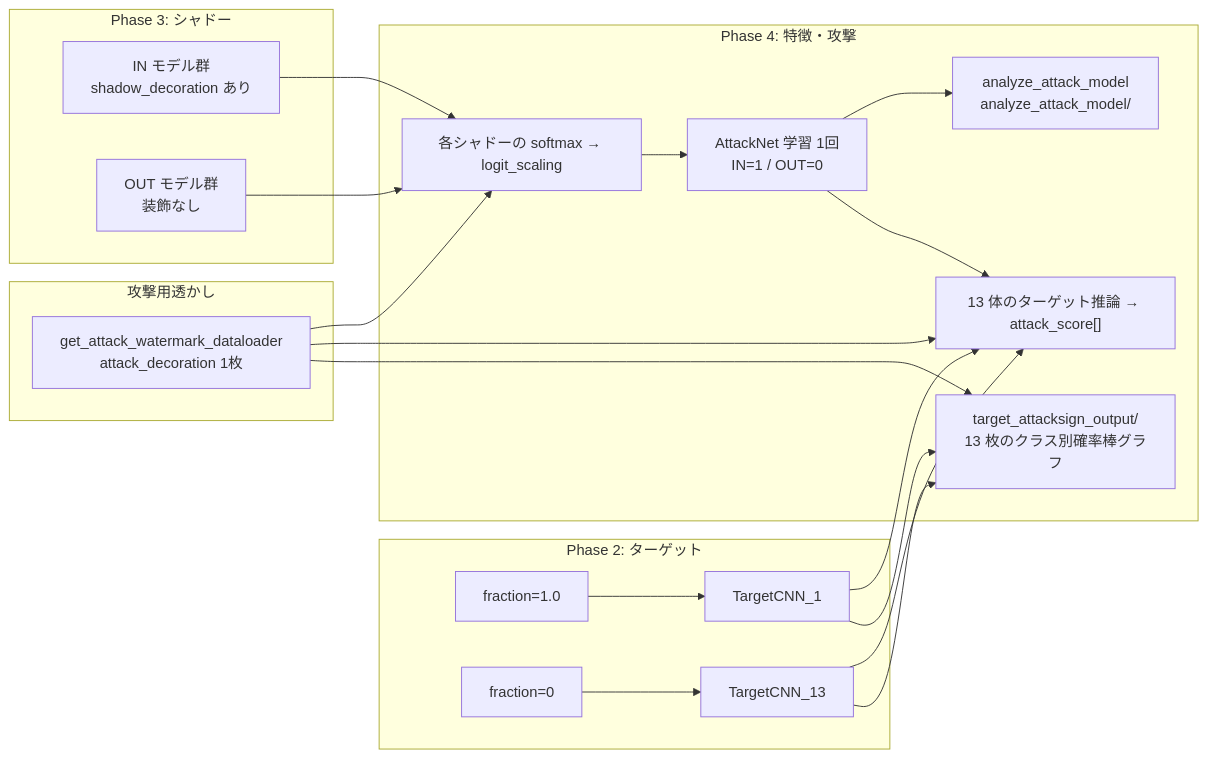
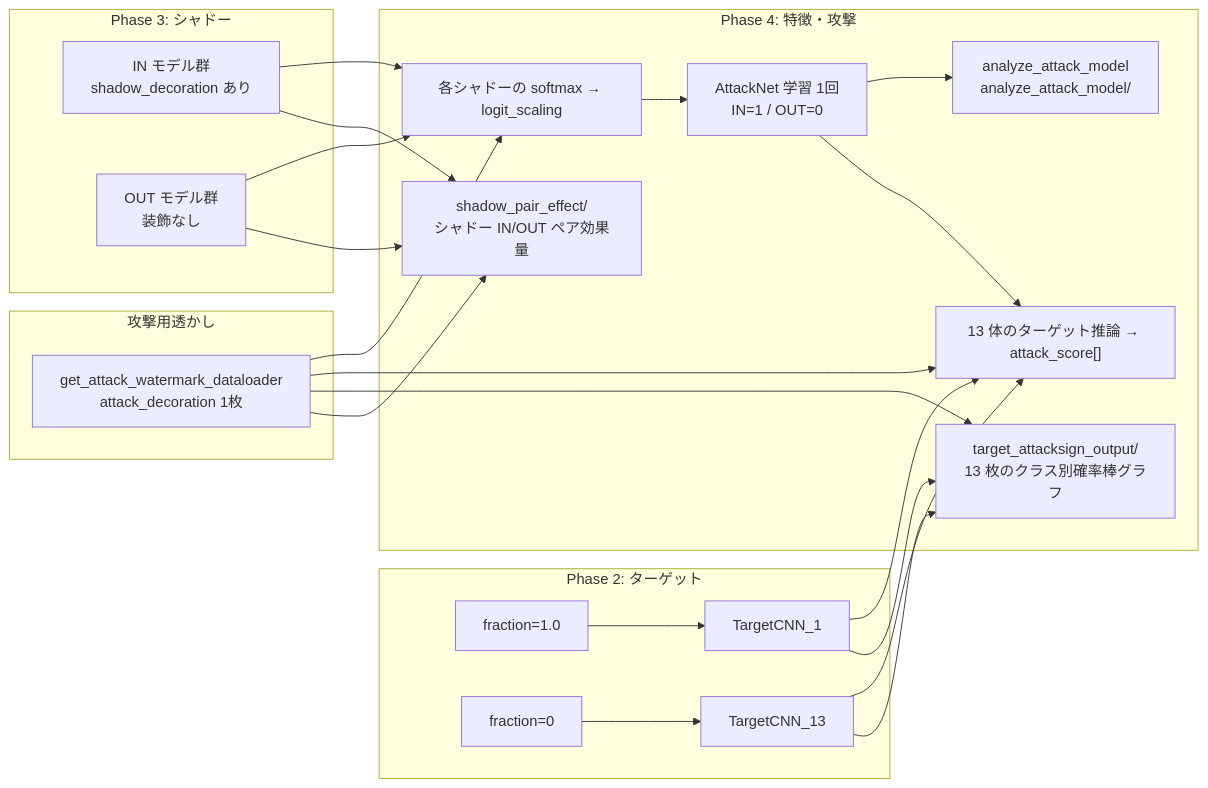
One commit to GoldenPoisonedApple/MIAOS changed diagram 12 of 14 in worker/docs/SPECIFICATION.md. Above: the diagram before and after it, drawn with Mermaid. The commit also changed other lines of this file and 6 other files, not shown here.

````diff
--- a/worker/docs/SPECIFICATION.md
+++ b/worker/docs/SPECIFICATION.md
@@ -485,34 +486,38 @@
 ```mermaid
 flowchart LR
     subgraph phase2 [Phase 2: ターゲット]
         F1["fraction=1.0"] --> M1[TargetCNN_1]
         FN["fraction=0"] --> M13[TargetCNN_13]
     end
     subgraph shadow ["Phase 3: シャドー"]
         IN["IN モデル群<br/>shadow_decoration あり"]
         OUT["OUT モデル群<br/>装飾なし"]
     end
     subgraph attack_wm ["攻撃用透かし"]
         WM["get_attack_watermark_dataloader<br/>attack_decoration 1枚"]
     end
     subgraph feat ["Phase 4: 特徴・攻撃"]
         PRED["各シャドーの softmax → logit_scaling"]
         ATK["AttackNet 学習 1回<br/>IN=1 / OUT=0"]
         ANA["analyze_attack_model<br/>analyze_attack_model/"]
         TGT["13 体のターゲット推論 → attack_score[]"]
         VIS["target_attacksign_output/<br/>13 枚のクラス別確率棒グラフ"]
+        SPE["shadow_pair_effect/<br/>シャドー IN/OUT ペア効果量"]
     end
 
     IN --> PRED
     OUT --> PRED
     WM --> PRED
     PRED --> ATK
     ATK --> ANA
     M1 --> TGT
     M13 --> TGT
     WM --> TGT
     ATK --> TGT
     M1 --> VIS
     M13 --> VIS
     WM --> VIS
+    IN --> SPE
+    OUT --> SPE
+    WM --> SPE
 ```
````
